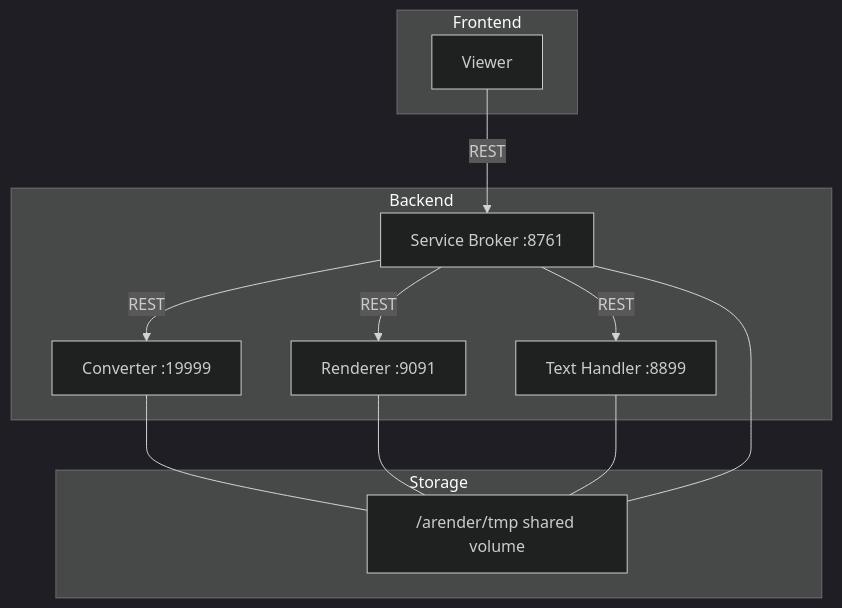
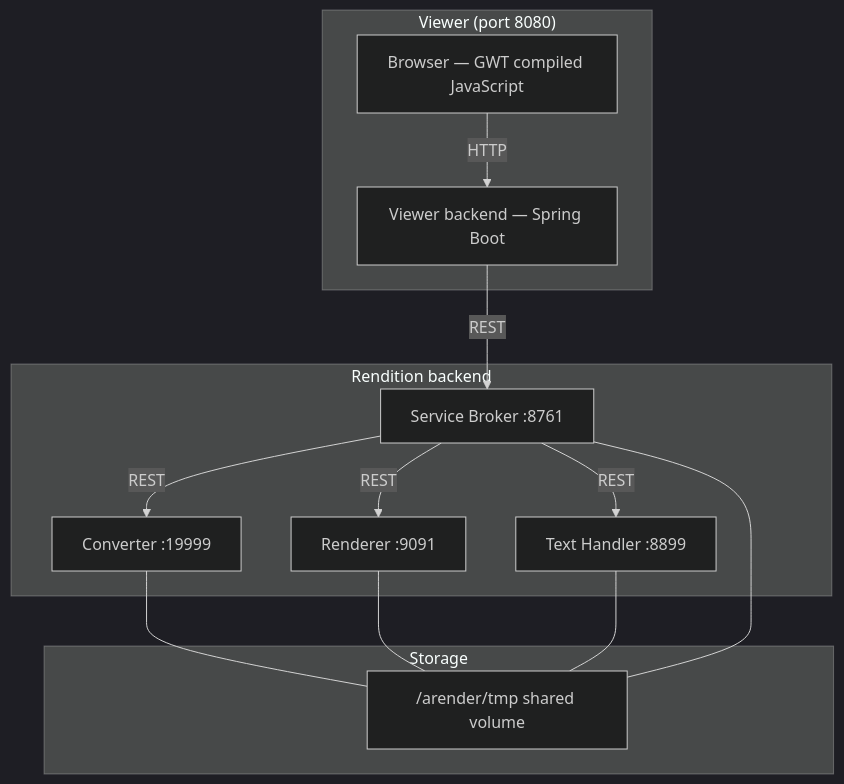
One commit to Uxopian/uxodocs changed the first of 3 diagrams in docs/arender/overview/architecture.classic.md. Above: the diagram before and after it, drawn with Mermaid (dark theme). The commit also changed other lines of this file and 1 other file, not shown here.

Commit message:
AR-18228 Detail Classic viewer architecture (GWT frontend + Spring Boot backend)
Expand the architecture.classic.md Components section to explain the
two-part viewer: GWT-compiled JavaScript running in the browser for UI,
and a Spring Boot backend for session management, authentication, and
connector hosting. Update the mermaid diagram accordingly.

````diff
--- a/docs/arender/overview/architecture.classic.md
+++ b/docs/arender/overview/architecture.classic.md
@@ -17,18 +17,20 @@
 ```mermaid
 graph TB
-    subgraph Frontend
-        C[Viewer]
+    subgraph "Viewer (port 8080)"
+        Browser["Browser — GWT compiled JavaScript"]
+        VB["Viewer backend — Spring Boot"]
+        Browser -->|HTTP| VB
     end
-    subgraph Backend
-        C -->|REST| SB[Service Broker :8761]
+    subgraph "Rendition backend"
+        VB -->|REST| SB[Service Broker :8761]
         SB -->|REST| DC[Converter :19999]
         SB -->|REST| DR[Renderer :9091]
         SB -->|REST| DT[Text Handler :8899]
     end
     subgraph Storage
         DC --- TMP["/arender/tmp shared volume"]
         DR --- TMP
         DT --- TMP
         SB --- TMP
     end
 ```
````
